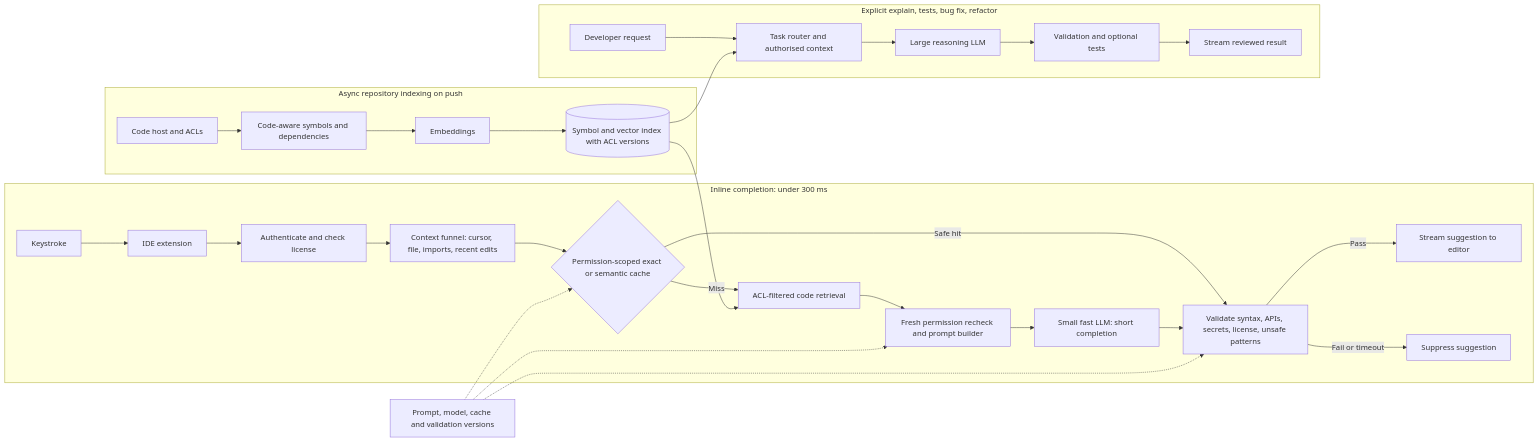
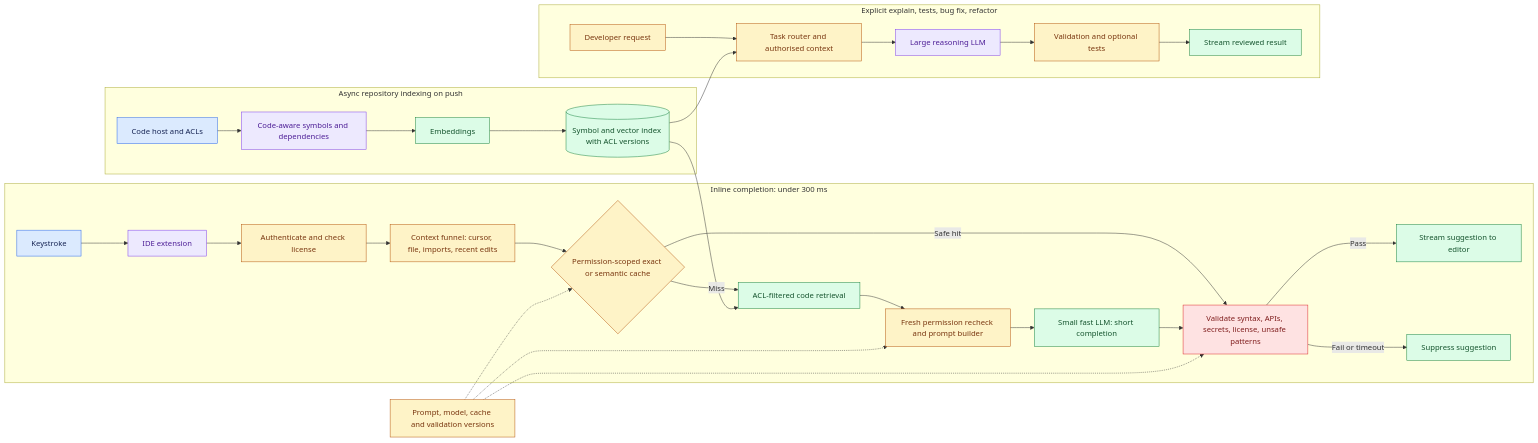
The diagram in site/content/modules/15-fde-case-studies/agents-that-act/enterprise-coding-assistant/main.md (Sourav692/Forward-Deployed-Engineer-Interview-Prep), drawn with Mermaid before and after one commit. The commit also changed other lines of this file and 1268 other files, not shown here.

First line of the commit message:
content: polish Casebook writing and Mermaid diagrams (#251)

````diff
--- a/site/content/modules/15-fde-case-studies/agents-that-act/enterprise-coding-assistant/main.md
+++ b/site/content/modules/15-fde-case-studies/agents-that-act/enterprise-coding-assistant/main.md
@@ -68,32 +68,44 @@
 ```mermaid
 flowchart LR
     subgraph IDX[Async repository indexing on push]
         HOST[Code host and ACLs] --> CHUNK[Code-aware symbols and dependencies]
         CHUNK --> EMB[Embeddings]
         EMB --> INDEX[(Symbol and vector index with ACL versions)]
     end
     subgraph HOT[Inline completion: under 300 ms]
         KEY[Keystroke] --> IDE[IDE extension]
         IDE --> AUTH[Authenticate and check license]
         AUTH --> FUNNEL[Context funnel: cursor, file, imports, recent edits]
         FUNNEL --> CACHE{Permission-scoped exact or semantic cache}
         CACHE -->|Safe hit| VALID[Validate syntax, APIs, secrets, license, unsafe patterns]
         CACHE -->|Miss| RET[ACL-filtered code retrieval]
         INDEX --> RET
         RET --> CHECK[Fresh permission recheck and prompt builder]
         CHECK --> SMALL[Small fast LLM: short completion]
         SMALL --> VALID
         VALID -->|Pass| SHOW[Stream suggestion to editor]
         VALID -->|Fail or timeout| SILENT[Suppress suggestion]
     end
     subgraph SLOW[Explicit explain, tests, bug fix, refactor]
         ASK[Developer request] --> ROUTE[Task router and authorised context]
         INDEX --> ROUTE
         ROUTE --> LARGE[Large reasoning LLM]
         LARGE --> V2[Validation and optional tests]
         V2 --> RESPONSE[Stream reviewed result]
     end
     POLICY[Prompt, model, cache and validation versions] -.-> CACHE
     POLICY -.-> CHECK
     POLICY -.-> VALID
+
+    %% Casebook colours: entry, reasoning, results, controls, and stopped paths.
+    classDef cbInput fill:#dbeafe,stroke:#2563eb,color:#172554
+    class HOST,KEY cbInput
+    classDef cbReason fill:#ede9fe,stroke:#7c3aed,color:#4c1d95
+    class CHUNK,IDE,LARGE cbReason
+    classDef cbAction fill:#dcfce7,stroke:#15803d,color:#14532d
+    class EMB,INDEX,RET,SMALL,SHOW,SILENT,RESPONSE cbAction
+    classDef cbPolicy fill:#fef3c7,stroke:#b45309,color:#78350f
+    class AUTH,FUNNEL,CACHE,CHECK,ASK,ROUTE,V2,POLICY cbPolicy
+    classDef cbStop fill:#fee2e2,stroke:#dc2626,color:#7f1d1d
+    class VALID cbStop
 ```
````
